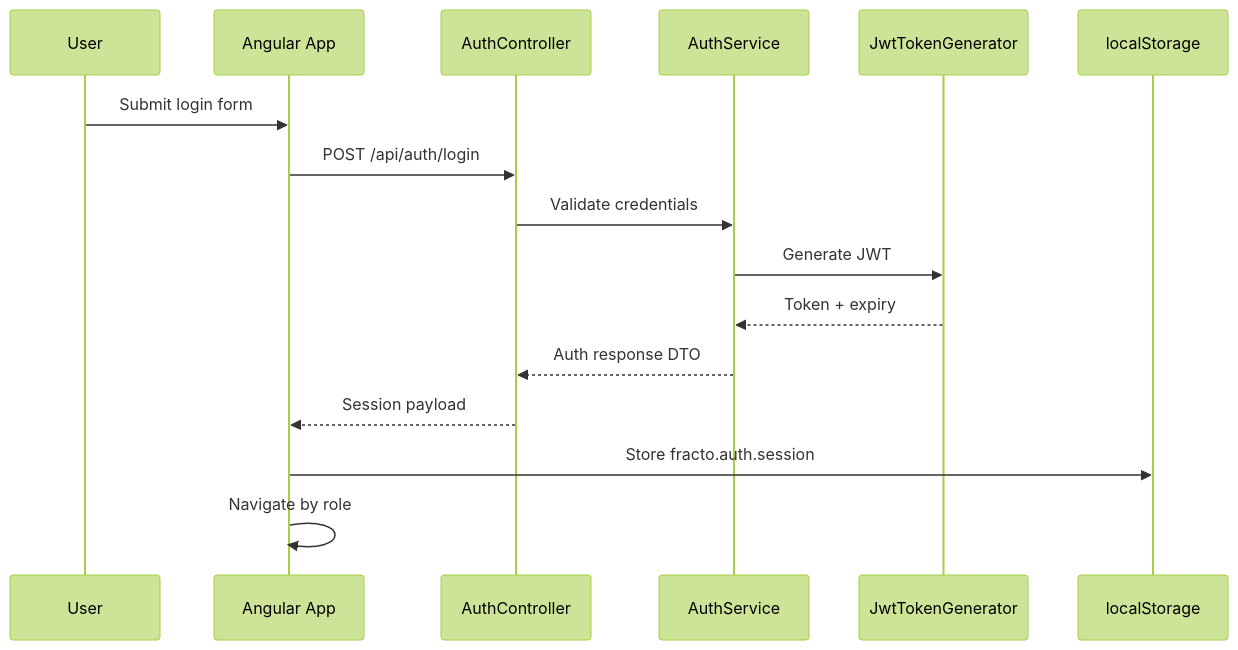
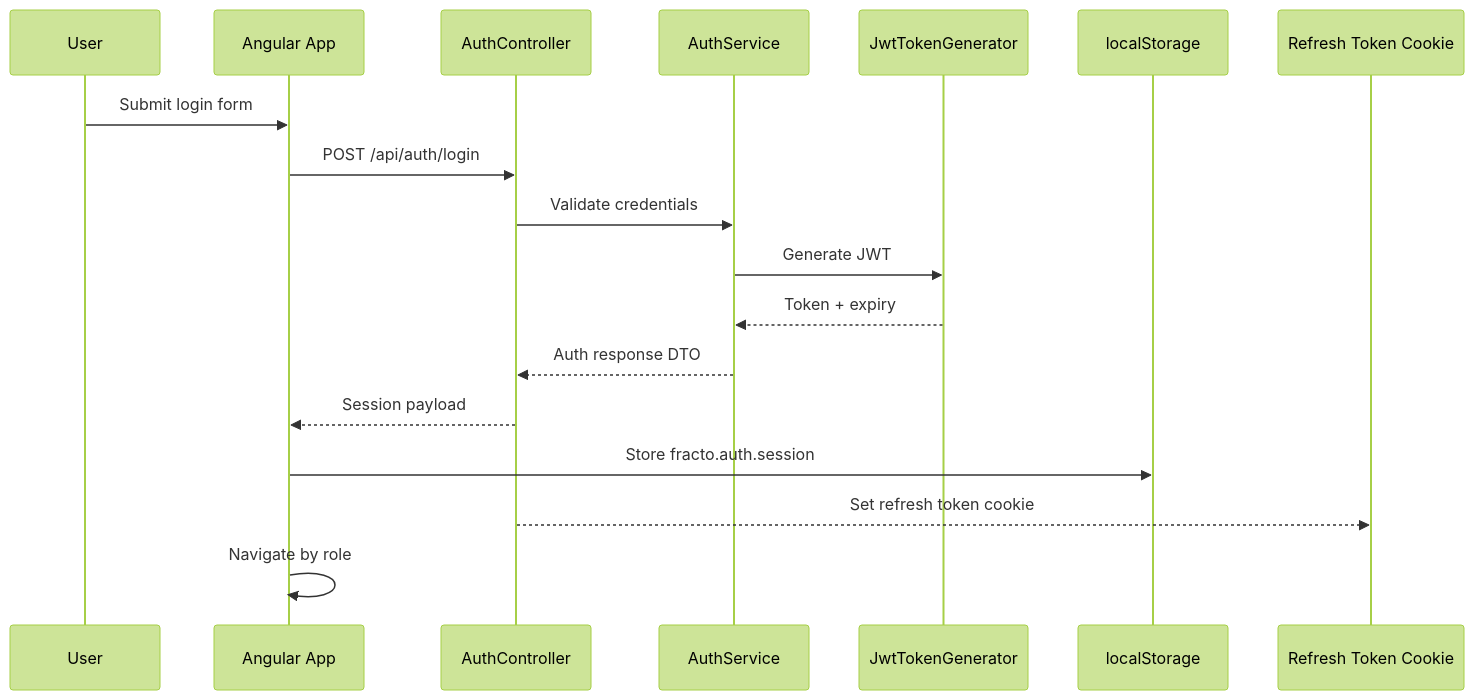
The second of 2 diagrams in documentation/JWT_Authentication_Flow.md (HarshRaj2807/Capstone), drawn with Mermaid (forest theme) before and after one commit. The commit also changed other lines of this file and 78 other files, not shown here.

````diff
--- a/documentation/JWT_Authentication_Flow.md
+++ b/documentation/JWT_Authentication_Flow.md
@@ -115,19 +121,21 @@
 ```mermaid
 sequenceDiagram
     participant U as User
     participant UI as Angular App
     participant API as AuthController
     participant S as AuthService
     participant J as JwtTokenGenerator
     participant LS as localStorage
+    participant RT as Refresh Token Cookie
 
     U->>UI: Submit login form
     UI->>API: POST /api/auth/login
     API->>S: Validate credentials
     S->>J: Generate JWT
     J-->>S: Token + expiry
     S-->>API: Auth response DTO
     API-->>UI: Session payload
     UI->>LS: Store fracto.auth.session
+    API-->>RT: Set refresh token cookie
     UI->>UI: Navigate by role
 ```
````
